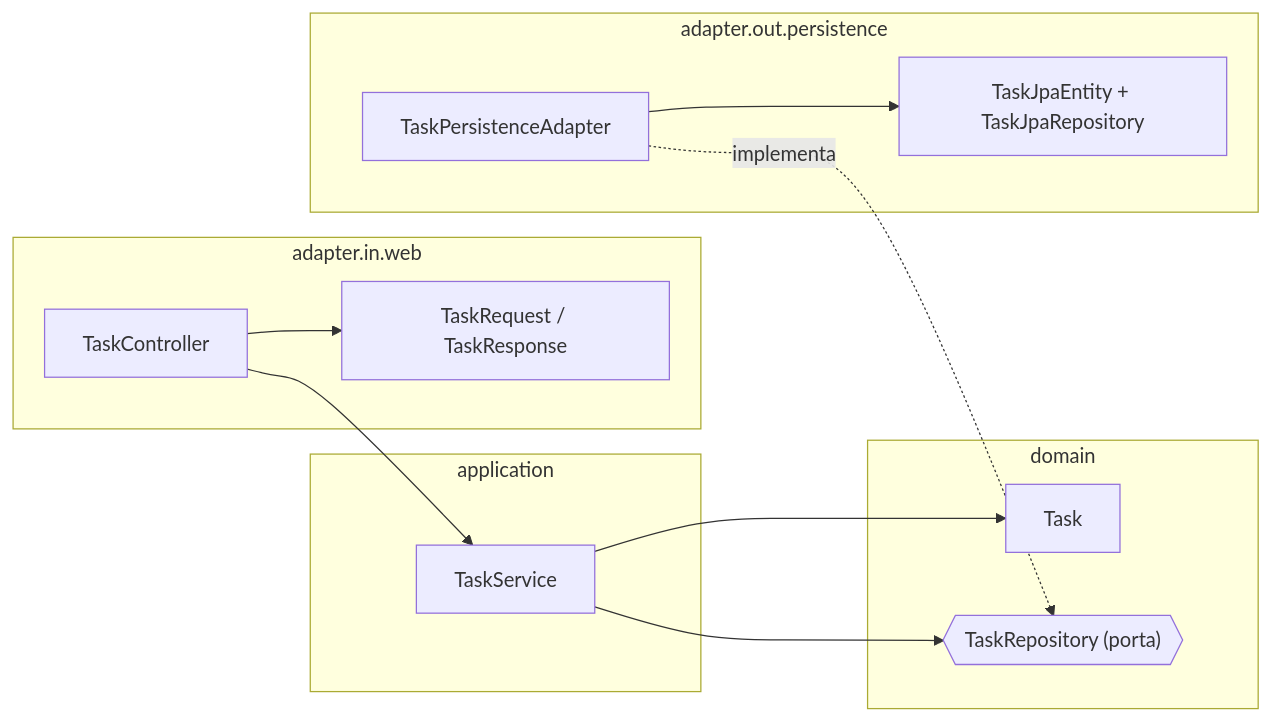
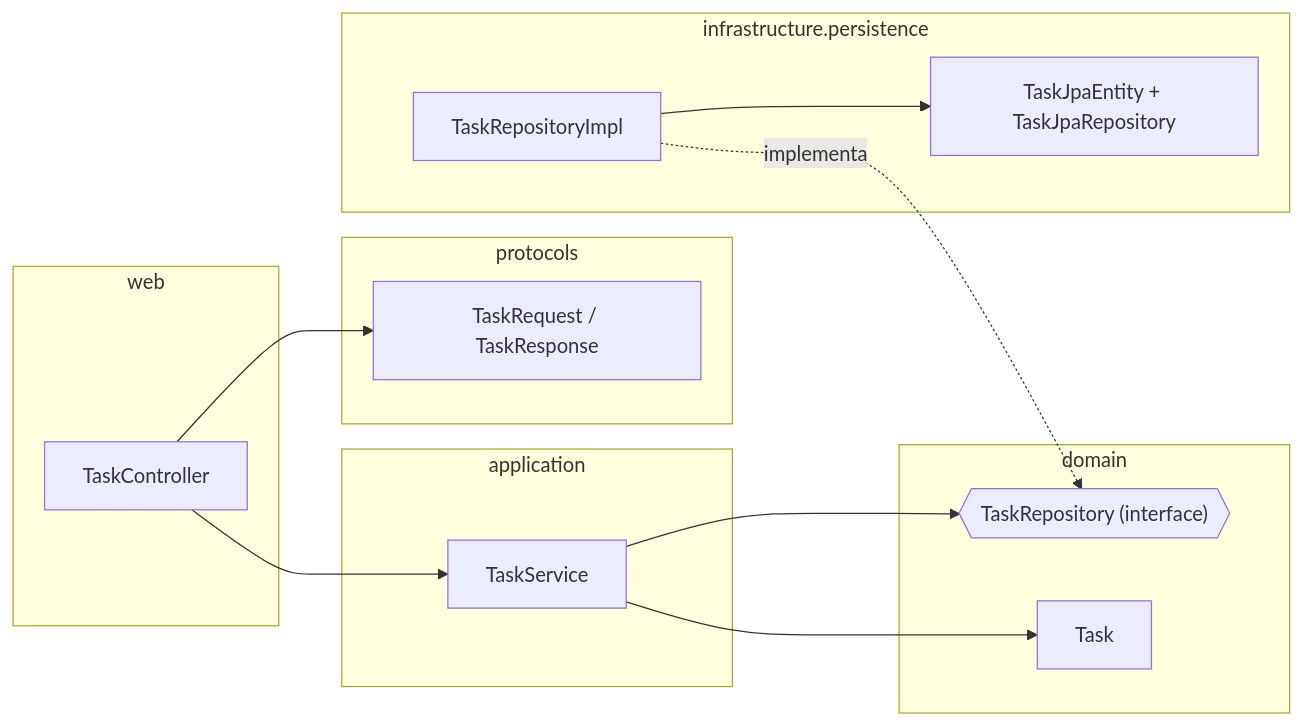
One commit to thiagobfernandes/tbfernandes-software changed the third of 9 diagrams in docs/backend/diagramas.md. Above: the diagram before and after it, drawn with Mermaid. The commit also changed 159 other files, not shown here.

First line of the commit message:
refactor(api): drop in/out adapter packages for infrastructure, protocols and web

````diff
--- a/docs/backend/diagramas.md
+++ b/docs/backend/diagramas.md
@@ -97,25 +97,27 @@
 ```mermaid
 flowchart LR
-    subgraph adapter_in["adapter.in.web"]
+    subgraph web["web"]
         ctrl[TaskController]
+    end
+    subgraph protocols["protocols"]
         dto[TaskRequest / TaskResponse]
     end
     subgraph application
         svc[TaskService]
     end
     subgraph domain
         task[Task]
-        repo{{"TaskRepository (porta)"}}
+        repo{{"TaskRepository (interface)"}}
     end
-    subgraph adapter_out["adapter.out.persistence"]
-        adp[TaskPersistenceAdapter]
+    subgraph infrastructure["infrastructure.persistence"]
+        adp[TaskRepositoryImpl]
         jpa[TaskJpaEntity + TaskJpaRepository]
     end
 
     ctrl --> svc
     ctrl --> dto
     svc --> task
     svc --> repo
     adp -. implementa .-> repo
     adp --> jpa
 ```
````
